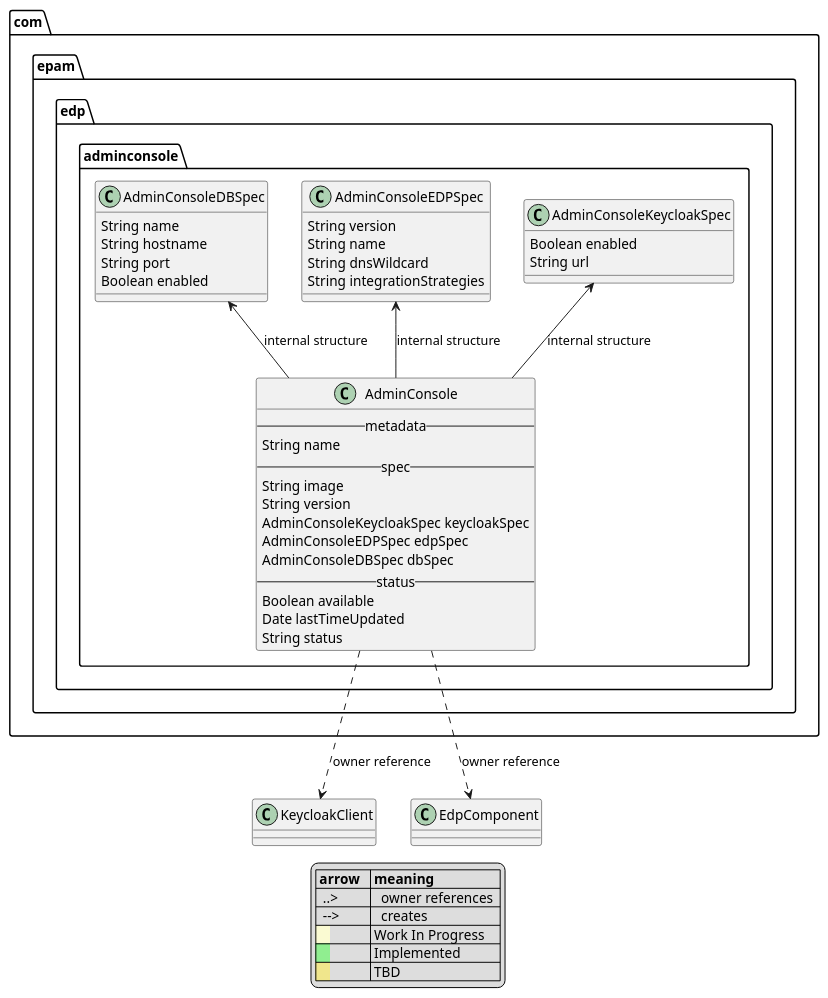
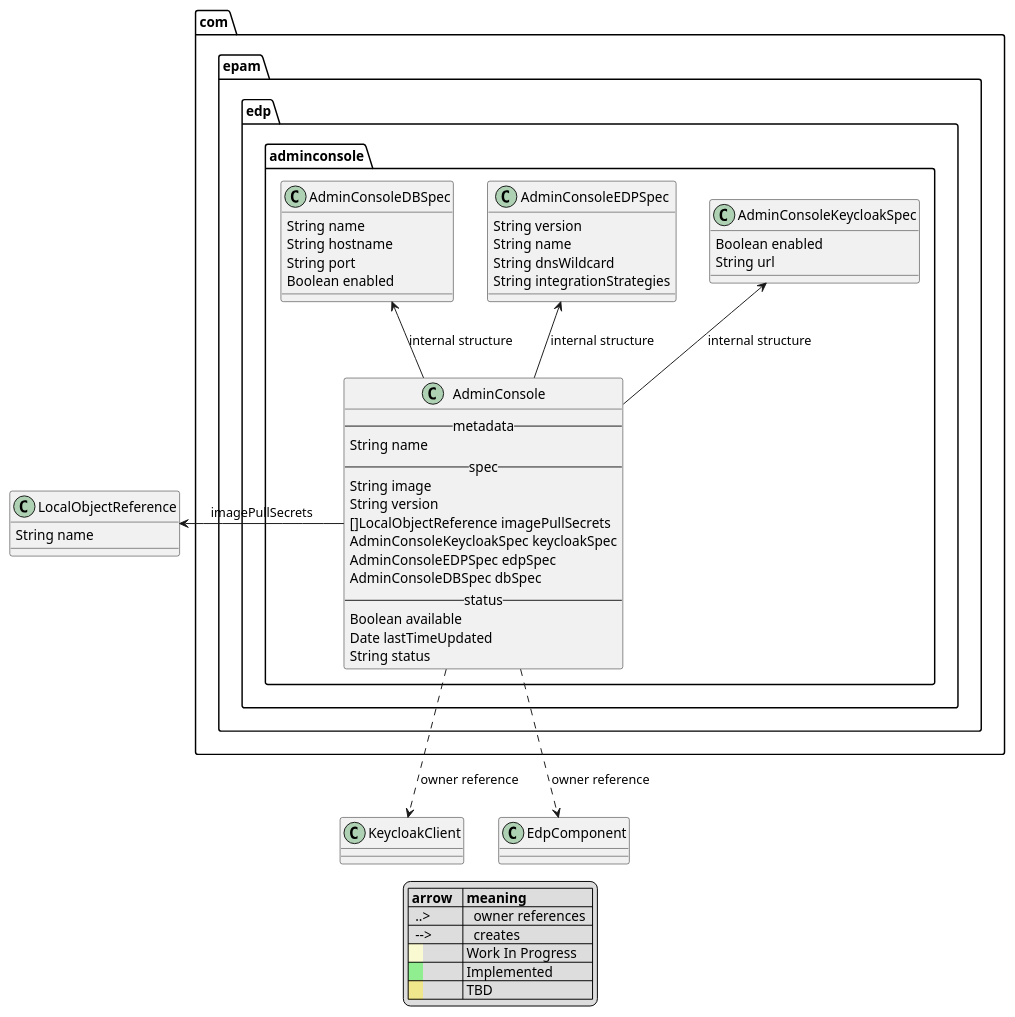
Before and after one commit to epam/edp-admin-console-operator: the diagram in documentation/puml/arch.puml, drawn with PlantUML. The commit also changed 5 other files, not shown here.

Commit message:
[EPMDEDP-4760] Update the Admin Console object with the imagePullSecrets field

```diff
--- a/documentation/puml/arch.puml
+++ b/documentation/puml/arch.puml
@@ -1,59 +1,63 @@
 @startuml
 
 package com.epam.edp.adminconsole {
     class AdminConsole {
     -- metadata --
         String name
     -- spec --
         String image
         String version
+        []LocalObjectReference imagePullSecrets
         AdminConsoleKeycloakSpec keycloakSpec
         AdminConsoleEDPSpec edpSpec
         AdminConsoleDBSpec dbSpec
     -- status --
         Boolean available
         Date lastTimeUpdated
         String status
     }
 
     class AdminConsoleKeycloakSpec {
         Boolean enabled
         String url
     }
     AdminConsoleKeycloakSpec <-- AdminConsole : "internal structure"
 
     class AdminConsoleEDPSpec {
         String version
         String name
         String dnsWildcard
         String integrationStrategies
     }
     AdminConsoleEDPSpec <-- AdminConsole : "internal structure"
 
     class AdminConsoleDBSpec {
         String name
         String hostname
         String port
         Boolean enabled
     }
     AdminConsoleDBSpec <-- AdminConsole : "internal structure"
 }
-
+class LocalObjectReference {
+    String name
+}
+AdminConsole -l-> LocalObjectReference : imagePullSecrets
 KeycloakClient <.u. AdminConsole : "owner reference"
 EdpComponent <.u. AdminConsole : "owner reference"
 
 legend
 |= arrow   |= meaning|
 |  ..>     |   owner references  |
 |  -->     |   creates     |
 |<back:LightGoldenRodYellow>    </back>| Work In Progress |
 |<back:LightGreen>    </back>| Implemented |
 |<back:Khaki>    </back>| TBD |
 endlegend
 
 skinparam class {
 	backgroundColor<<impl>> LightGoldenRodYellow
 	backgroundColor<<wip>> LightGreen
 	backgroundColor<<tbd>> Khaki
 }
 @enduml
```
